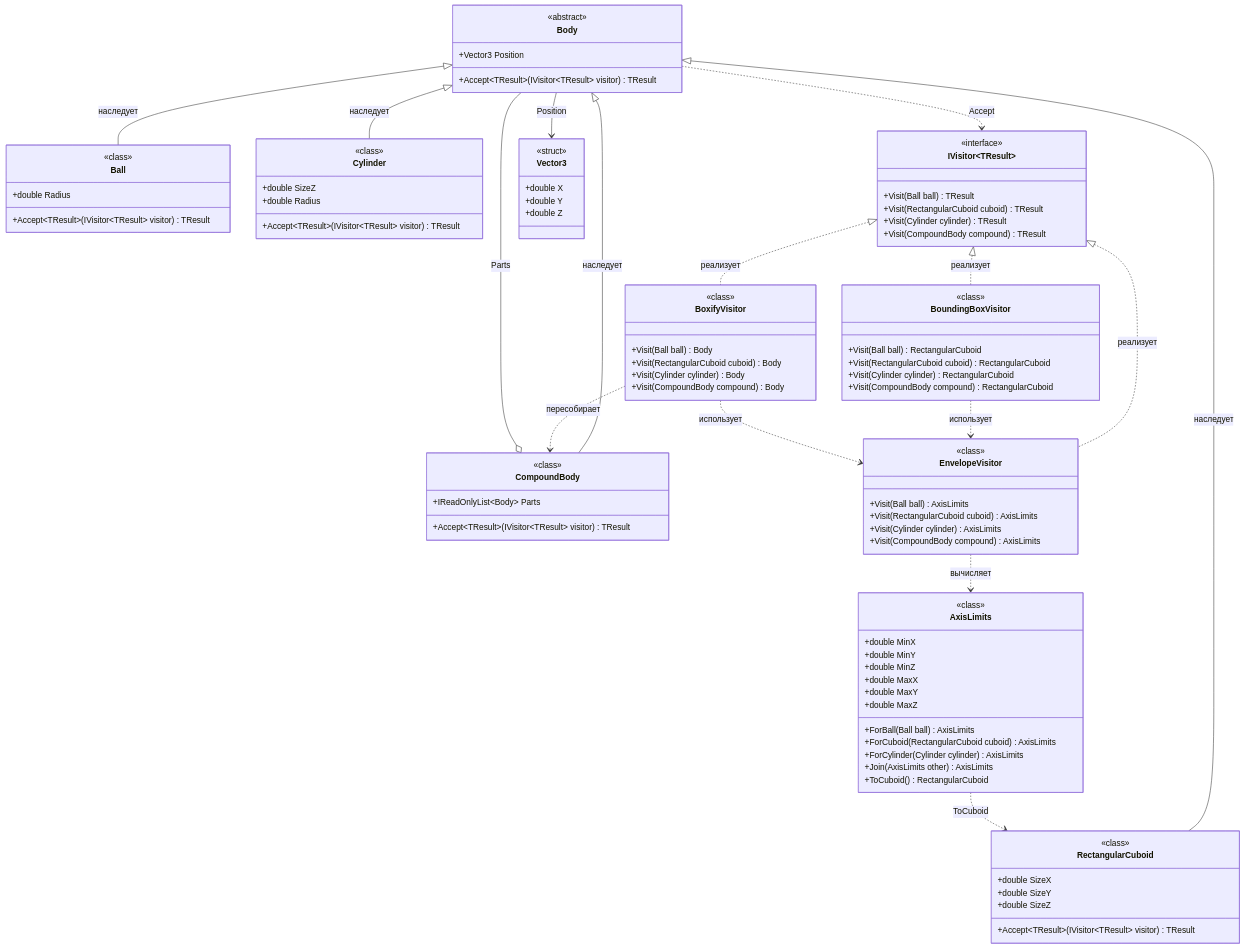
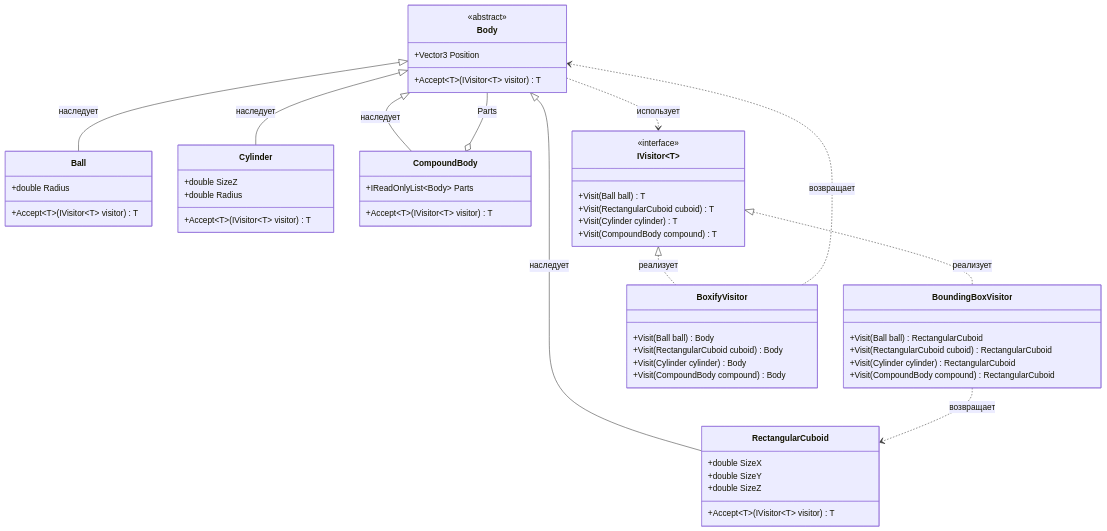
The diagram in Геометрия2.md (k1sagy/ulearn-2026), drawn with Mermaid before and after one commit.

````diff
--- a/Геометрия2.md
+++ b/Геометрия2.md
@@ -4,69 +4,41 @@
     class Body {
         <<abstract>>
         +Vector3 Position
-        +Accept~TResult~(IVisitor~TResult~ visitor) TResult
+        +Accept~T~(IVisitor~T~ visitor) T
     }
 
     class Ball {
-        <<class>>
         +double Radius
-        +Accept~TResult~(IVisitor~TResult~ visitor) TResult
+        +Accept~T~(IVisitor~T~ visitor) T
     }
 
     class Cylinder {
-        <<class>>
         +double SizeZ
         +double Radius
-        +Accept~TResult~(IVisitor~TResult~ visitor) TResult
+        +Accept~T~(IVisitor~T~ visitor) T
     }
 
     class RectangularCuboid {
-        <<class>>
         +double SizeX
         +double SizeY
         +double SizeZ
-        +Accept~TResult~(IVisitor~TResult~ visitor) TResult
+        +Accept~T~(IVisitor~T~ visitor) T
     }
 
     class CompoundBody {
-        <<class>>
         +IReadOnlyList~Body~ Parts
-        +Accept~TResult~(IVisitor~TResult~ visitor) TResult
+        +Accept~T~(IVisitor~T~ visitor) T
     }
 
-    class IVisitor~TResult~ {
+    class IVisitor~T~ {
         <<interface>>
-        +Visit(Ball ball) TResult
-        +Visit(RectangularCuboid cuboid) TResult
-        +Visit(Cylinder cylinder) TResult
-        +Visit(CompoundBody compound) TResult
-    }
-
-    class AxisLimits {
-        <<class>>
-        +double MinX
-        +double MinY
-        +double MinZ
-        +double MaxX
-        +double MaxY
-        +double MaxZ
-        +ForBall(Ball ball) AxisLimits
-        +ForCuboid(RectangularCuboid cuboid) AxisLimits
-        +ForCylinder(Cylinder cylinder) AxisLimits
-        +Join(AxisLimits other) AxisLimits
-        +ToCuboid() RectangularCuboid
-    }
-
-    class EnvelopeVisitor {
-        <<class>>
-        +Visit(Ball ball) AxisLimits
-        +Visit(RectangularCuboid cuboid) AxisLimits
-        +Visit(Cylinder cylinder) AxisLimits
-        +Visit(CompoundBody compound) AxisLimits
+        +Visit(Ball ball) T
+        +Visit(RectangularCuboid cuboid) T
+        +Visit(Cylinder cylinder) T
+        +Visit(CompoundBody compound) T
     }
 
     class BoundingBoxVisitor {
-        <<class>>
         +Visit(Ball ball) RectangularCuboid
         +Visit(RectangularCuboid cuboid) RectangularCuboid
         +Visit(Cylinder cylinder) RectangularCuboid
@@ -74,18 +46,10 @@
     }
 
     class BoxifyVisitor {
-        <<class>>
         +Visit(Ball ball) Body
         +Visit(RectangularCuboid cuboid) Body
         +Visit(Cylinder cylinder) Body
         +Visit(CompoundBody compound) Body
-    }
-
-    class Vector3 {
-        <<struct>>
-        +double X
-        +double Y
-        +double Z
     }
 
     Body <|-- Ball : наследует
@@ -93,17 +57,12 @@
     Body <|-- RectangularCuboid : наследует
     Body <|-- CompoundBody : наследует
 
-    IVisitor~AxisLimits~ <|.. EnvelopeVisitor : реализует
     IVisitor~RectangularCuboid~ <|.. BoundingBoxVisitor : реализует
     IVisitor~Body~ <|.. BoxifyVisitor : реализует
 
-    Body --> Vector3 : Position
     CompoundBody o-- Body : Parts
 
-    Body ..> IVisitor~TResult~ : Accept
-    EnvelopeVisitor ..> AxisLimits : вычисляет
-    AxisLimits ..> RectangularCuboid : ToCuboid
-    BoundingBoxVisitor ..> EnvelopeVisitor : использует
-    BoxifyVisitor ..> EnvelopeVisitor : использует
-    BoxifyVisitor ..> CompoundBody : пересобирает
+    Body ..> IVisitor~T~ : использует
+    BoundingBoxVisitor ..> RectangularCuboid : возвращает
+    BoxifyVisitor ..> Body : возвращает
 ```
````
